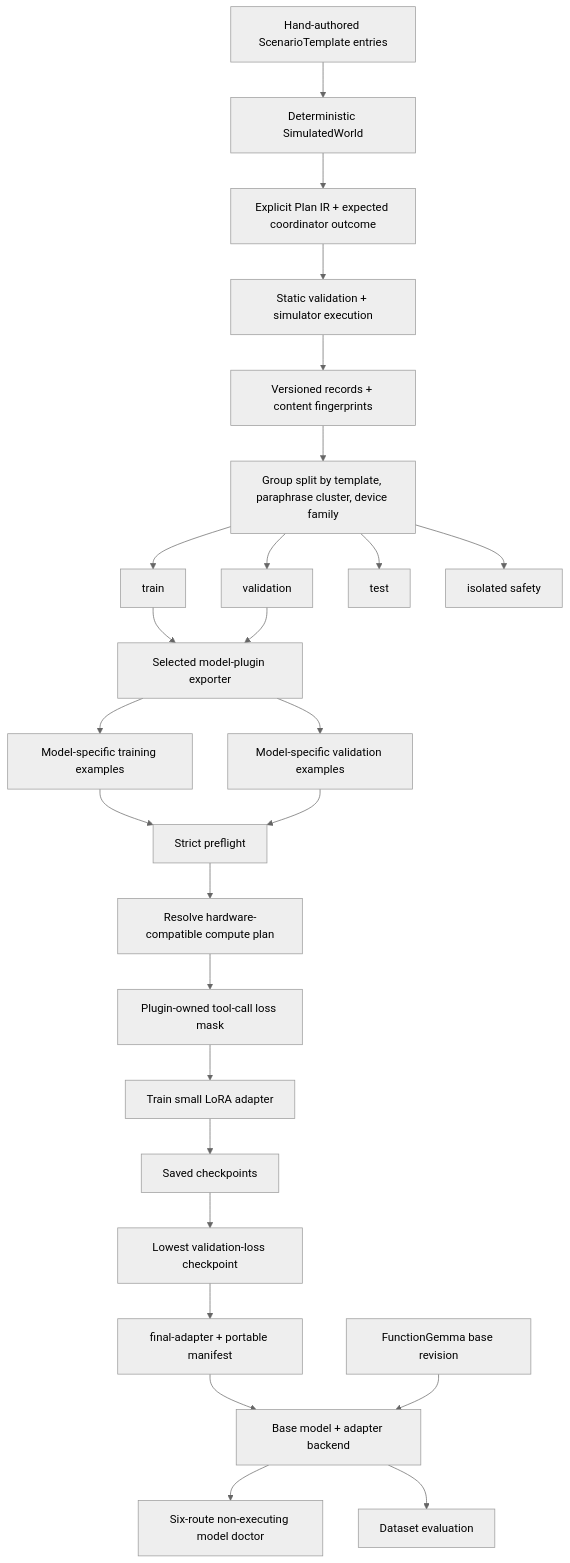
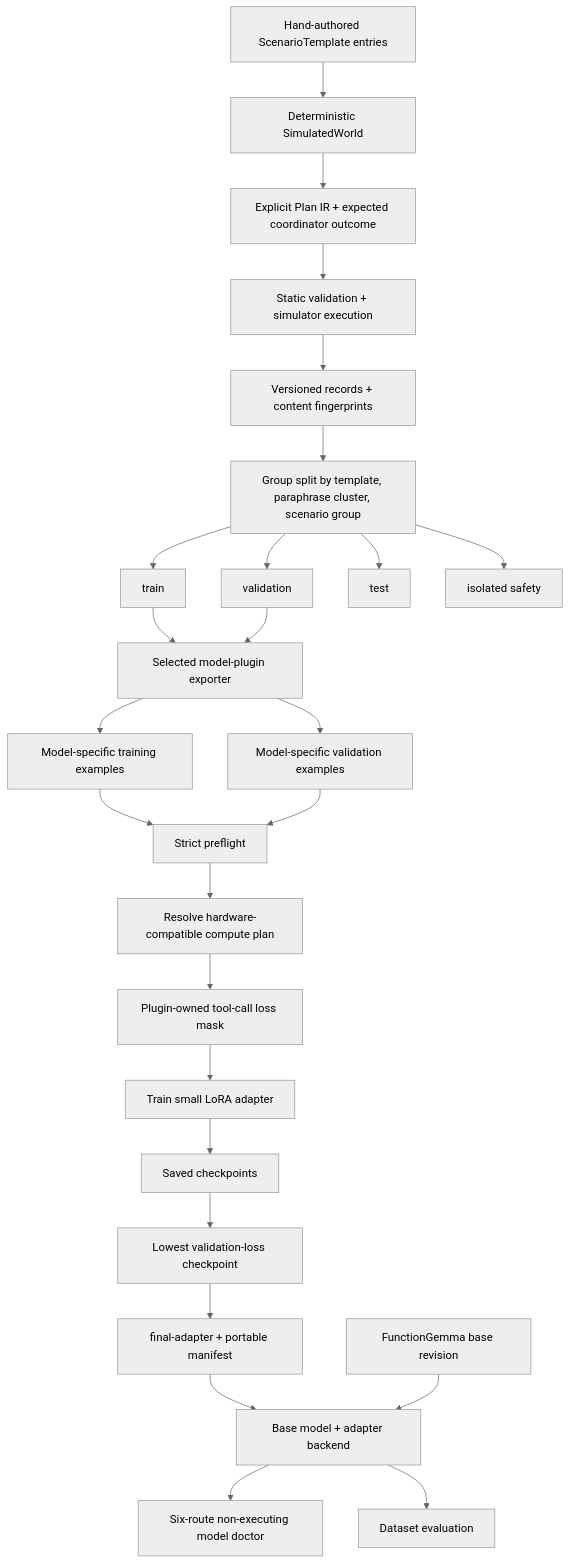
One commit to takuphilchan/edge-delegate changed the first of 2 diagrams in docs/model-lifecycle.md. Above: the diagram before and after it, drawn with Mermaid (neutral theme). The commit also changed other lines of this file and 141 other files, not shown here.

````diff
--- a/docs/model-lifecycle.md
+++ b/docs/model-lifecycle.md
@@ -27,30 +34,30 @@
 ```mermaid
 flowchart TD
     Templates[Hand-authored ScenarioTemplate entries] --> World[Deterministic SimulatedWorld]
     World --> Gold[Explicit Plan IR + expected coordinator outcome]
     Gold --> Validate[Static validation + simulator execution]
     Validate --> Records[Versioned records + content fingerprints]
-    Records --> GroupSplit[Group split by template, paraphrase cluster, device family]
+    Records --> GroupSplit[Group split by template, paraphrase cluster, scenario group]
     GroupSplit --> TrainSplit[train]
     GroupSplit --> ValidationSplit[validation]
     GroupSplit --> TestSplit[test]
     GroupSplit --> SafetySplit[isolated safety]
 
     TrainSplit --> PluginExport[Selected model-plugin exporter]
     ValidationSplit --> PluginExport
     PluginExport --> SFTTrain[Model-specific training examples]
     PluginExport --> SFTEval[Model-specific validation examples]
     SFTTrain --> Preflight[Strict preflight]
     SFTEval --> Preflight
     Preflight --> Compute[Resolve hardware-compatible compute plan]
     Compute --> Mask[Plugin-owned tool-call loss mask]
     Mask --> LoRA[Train small LoRA adapter]
     LoRA --> Checkpoints[Saved checkpoints]
     Checkpoints --> Best[Lowest validation-loss checkpoint]
     Best --> Adapter[final-adapter + portable manifest]
 
     Adapter --> Backend[Base model + adapter backend]
     Base[FunctionGemma base revision] --> Backend
     Backend --> Doctor[Six-route non-executing model doctor]
     Backend --> Evaluator[Dataset evaluation]
 ```
````
